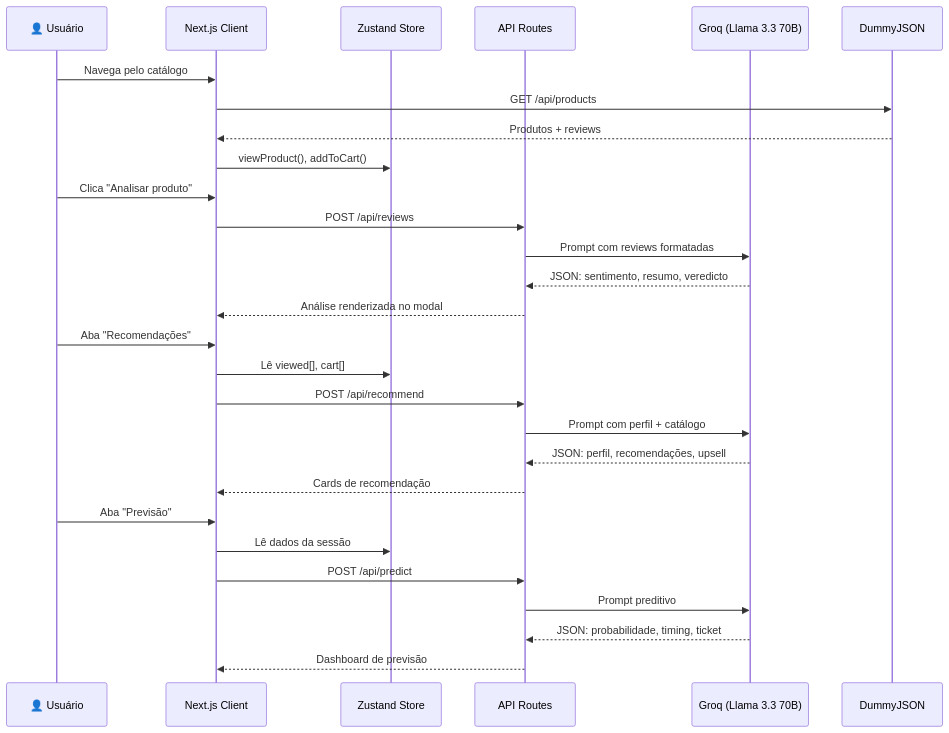
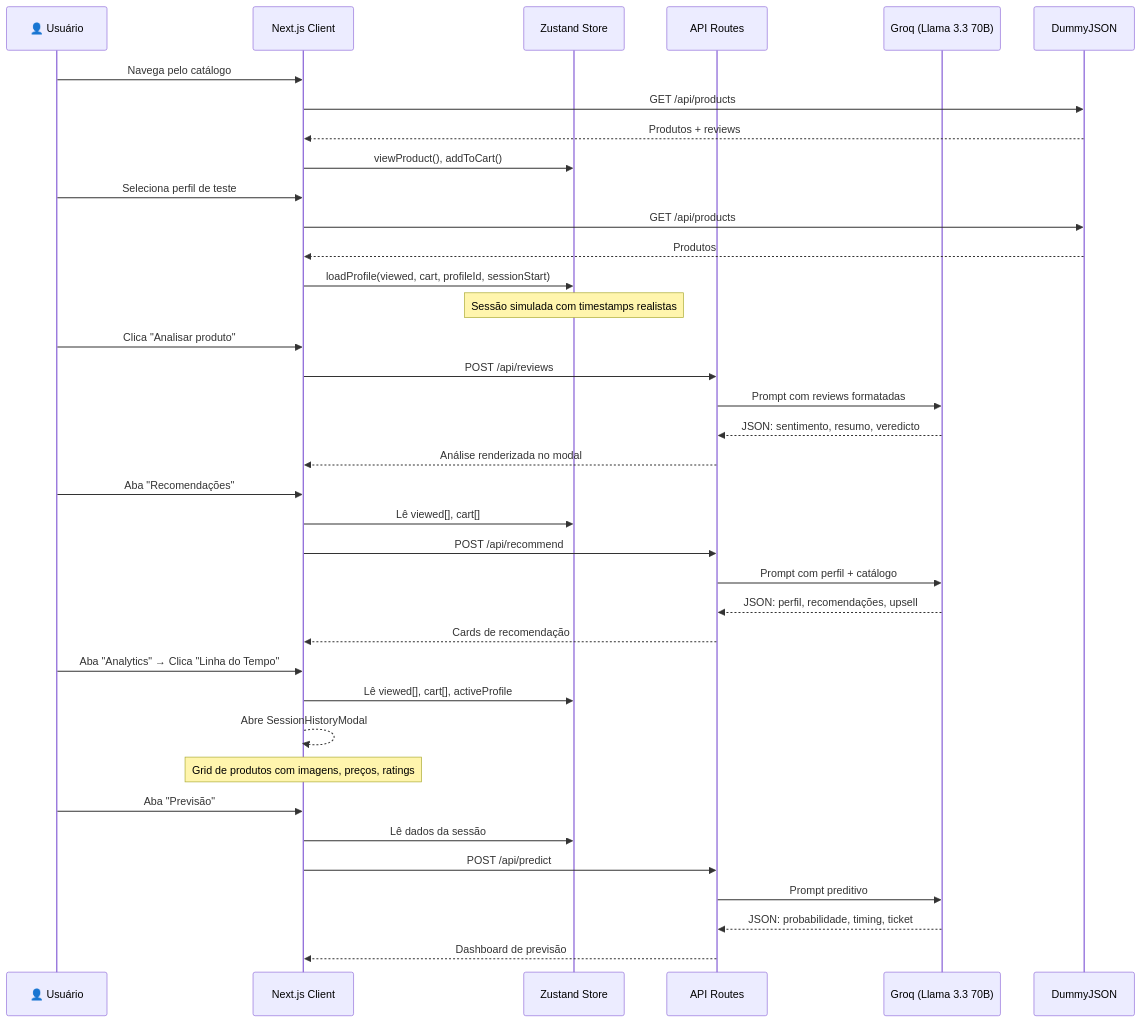
The second of 2 diagrams in README.md (AgathaCRuiz/shop-ai-recommendation-engine), drawn with Mermaid before and after one commit. The commit also changed other lines of this file and 14 other files, not shown here.

Commit message:
docs: document Recharts dashboard, ProfileSwitcher, and SessionHistoryModal

````diff
--- a/README.md
+++ b/README.md
@@ -147,34 +177,45 @@
 ```mermaid
 sequenceDiagram
     participant U as 👤 Usuário
     participant FE as Next.js Client
     participant ST as Zustand Store
     participant API as API Routes
     participant AI as Groq (Llama 3.3 70B)
     participant EXT as DummyJSON
 
     U->>FE: Navega pelo catálogo
     FE->>EXT: GET /api/products
     EXT-->>FE: Produtos + reviews
     FE->>ST: viewProduct(), addToCart()
 
+    U->>FE: Seleciona perfil de teste
+    FE->>EXT: GET /api/products
+    EXT-->>FE: Produtos
+    FE->>ST: loadProfile(viewed, cart, profileId, sessionStart)
+    Note over ST: Sessão simulada com timestamps realistas
+
     U->>FE: Clica "Analisar produto"
     FE->>API: POST /api/reviews
     API->>AI: Prompt com reviews formatadas
     AI-->>API: JSON: sentimento, resumo, veredicto
     API-->>FE: Análise renderizada no modal
 
     U->>FE: Aba "Recomendações"
     FE->>ST: Lê viewed[], cart[]
     FE->>API: POST /api/recommend
     API->>AI: Prompt com perfil + catálogo
     AI-->>API: JSON: perfil, recomendações, upsell
     API-->>FE: Cards de recomendação
 
+    U->>FE: Aba "Analytics" → Clica "Linha do Tempo"
+    FE->>ST: Lê viewed[], cart[], activeProfile
+    FE-->>FE: Abre SessionHistoryModal
+    Note over FE: Grid de produtos com imagens, preços, ratings
+
     U->>FE: Aba "Previsão"
     FE->>ST: Lê dados da sessão
     FE->>API: POST /api/predict
     API->>AI: Prompt preditivo
     AI-->>API: JSON: probabilidade, timing, ticket
     API-->>FE: Dashboard de previsão
 ```
````
